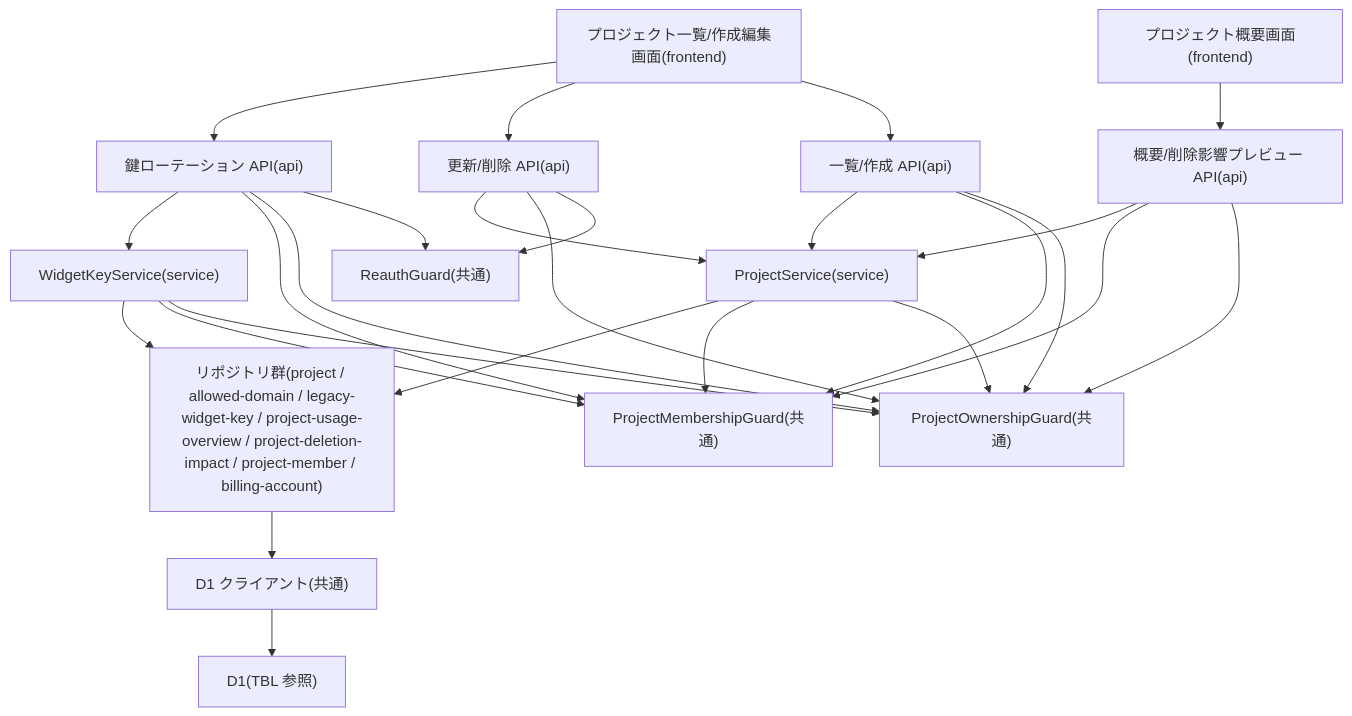
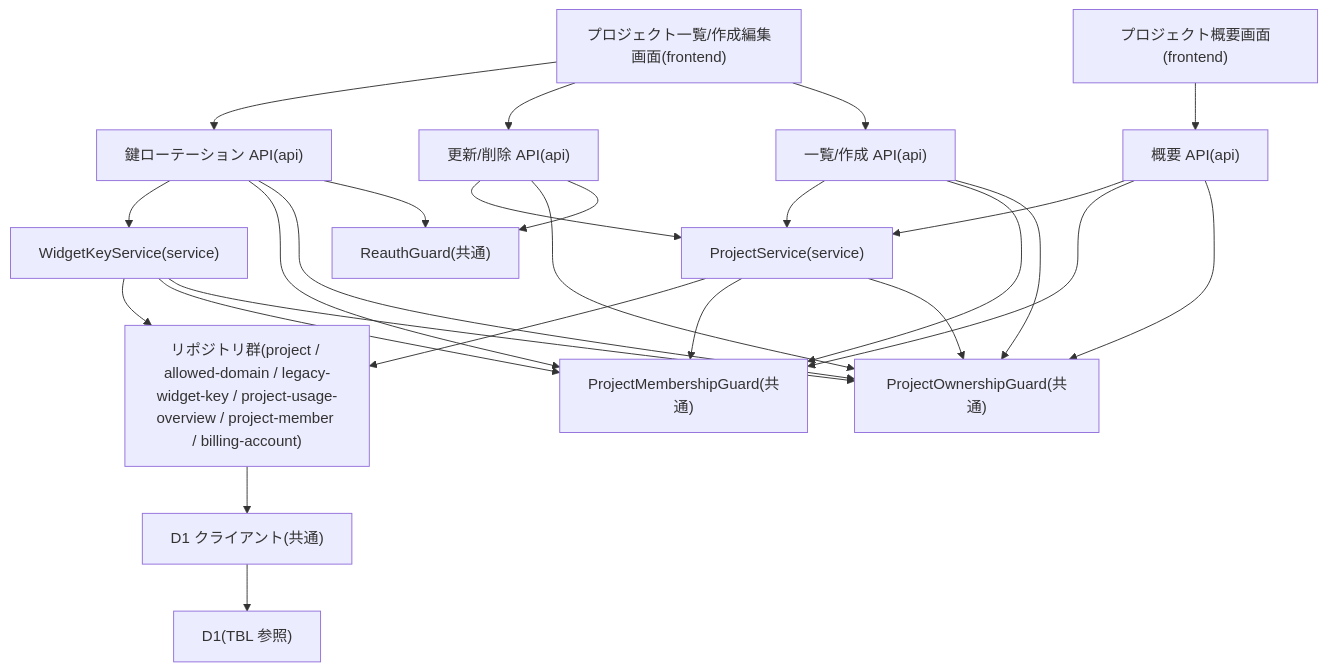
The diagram in 03_detail_design/11_module/MOD-004.md (sikakou54/open-faq), drawn with Mermaid before and after one commit. The commit also changed other lines of this file and 55 other files, not shown here.

````diff
--- a/03_detail_design/11_module/MOD-004.md
+++ b/03_detail_design/11_module/MOD-004.md
@@ -49,42 +48,42 @@
 ```mermaid
 flowchart TB
     M01["プロジェクト一覧/作成編集画面(frontend)"]
     M02["プロジェクト概要画面(frontend)"]
     M03["一覧/作成 API(api)"]
     M04["更新/削除 API(api)"]
     M05["鍵ローテーション API(api)"]
-    M06["概要/削除影響プレビュー API(api)"]
+    M06["概要 API(api)"]
     M09["ProjectOwnershipGuard(共通)"]
     M10["ProjectMembershipGuard(共通)"]
     M11["ReauthGuard(共通)"]
     M07["ProjectService(service)"]
     M08["WidgetKeyService(service)"]
-    REPO["リポジトリ群(project / allowed-domain / legacy-widget-key / project-usage-overview / project-deletion-impact / project-member / billing-account)"]
-    M19["D1 クライアント(共通)"]
+    REPO["リポジトリ群(project / allowed-domain / legacy-widget-key / project-usage-overview / project-member / billing-account)"]
+    M18["D1 クライアント(共通)"]
     DB["D1(TBL 参照)"]
     M01 --> M03
     M01 --> M04
     M01 --> M05
     M02 --> M06
     M03 --> M09
     M03 --> M10
     M03 --> M07
     M04 --> M11
     M04 --> M09
     M04 --> M07
     M05 --> M11
     M05 --> M09
     M05 --> M10
     M05 --> M08
     M06 --> M09
     M06 --> M10
     M06 --> M07
     M07 --> M09
     M07 --> M10
     M07 --> REPO
     M08 --> M09
     M08 --> M10
     M08 --> REPO
-    REPO --> M19
-    M19 --> DB
+    REPO --> M18
+    M18 --> DB
 ```
````
